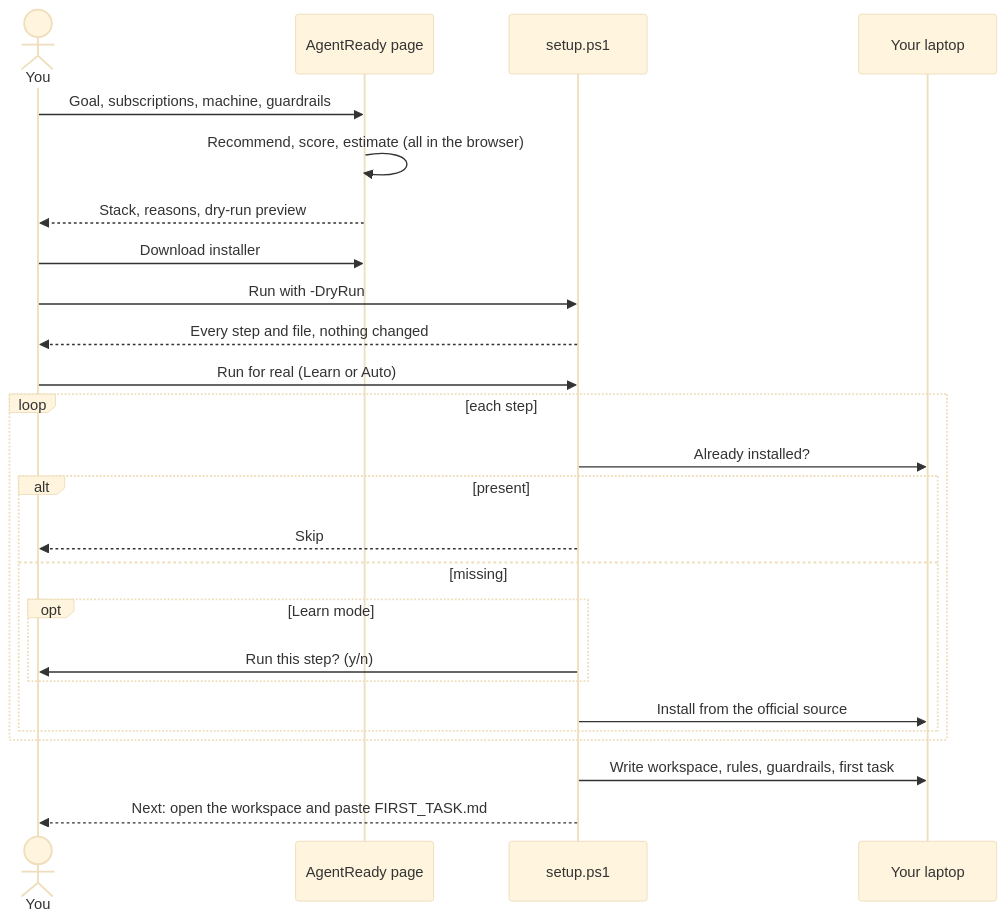
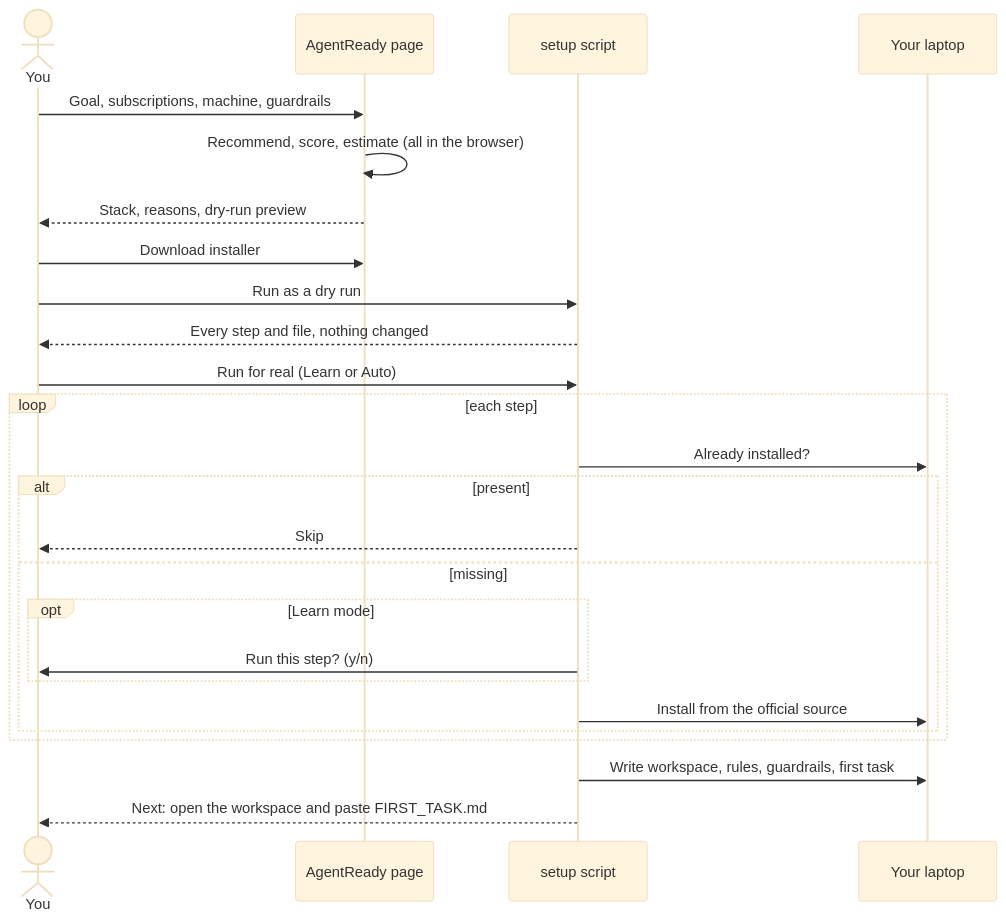
The third of 5 diagrams in README.md (Arnav-dll/AgentReady), drawn with Mermaid (base theme) before and after one commit. The commit also changed other lines of this file and 3 other files, not shown here.

````diff
--- a/README.md
+++ b/README.md
@@ -106,28 +112,28 @@
 ```mermaid
 sequenceDiagram
     actor U as You
     participant W as AgentReady page
-    participant S as setup.ps1
+    participant S as setup script
     participant PC as Your laptop
 
     U->>W: Goal, subscriptions, machine, guardrails
     W->>W: Recommend, score, estimate (all in the browser)
     W-->>U: Stack, reasons, dry-run preview
     U->>W: Download installer
-    U->>S: Run with -DryRun
+    U->>S: Run as a dry run
     S-->>U: Every step and file, nothing changed
     U->>S: Run for real (Learn or Auto)
     loop each step
         S->>PC: Already installed?
         alt present
             S-->>U: Skip
         else missing
             opt Learn mode
                 S->>U: Run this step? (y/n)
             end
             S->>PC: Install from the official source
         end
     end
     S->>PC: Write workspace, rules, guardrails, first task
     S-->>U: Next: open the workspace and paste FIRST_TASK.md
 ```
````
